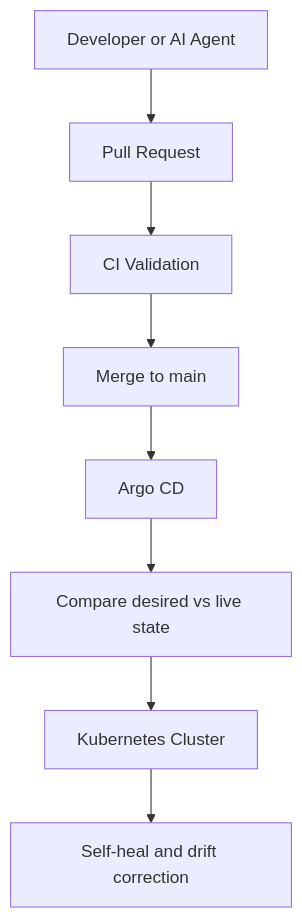
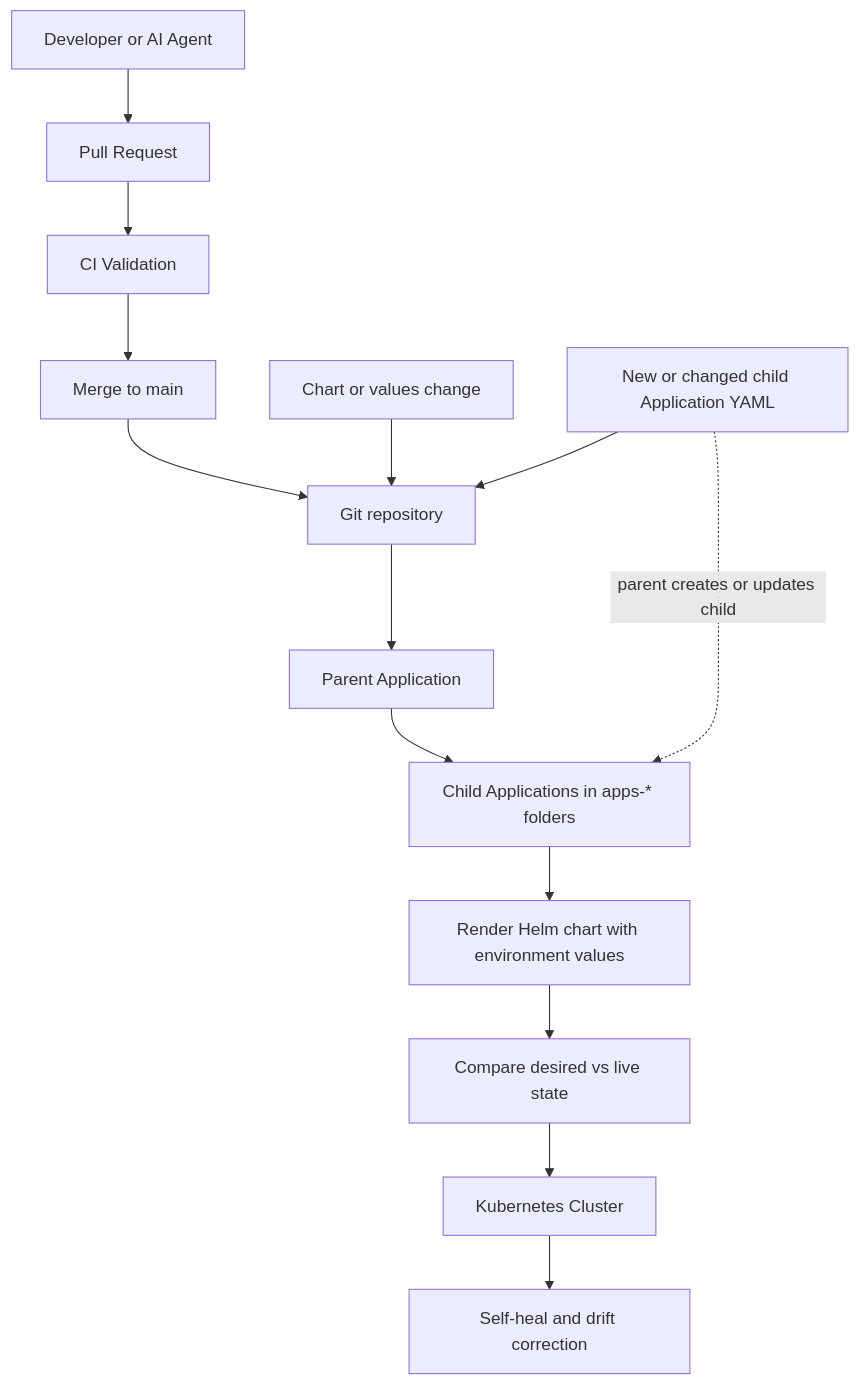
Before and after one commit to Tanmoy095/Logiflow-platform: the sixth of 6 diagrams in README.md, drawn with Mermaid. The commit also changed other lines of this file and 3 other files, not shown here.

First line of the commit message:
feat(llm-gateway): harden Helm chart and add manual validation runbook

````diff
--- a/README.md
+++ b/README.md
@@ -193,10 +206,16 @@
 ```mermaid
 flowchart TB
 	dev[Developer or AI Agent] --> pr[Pull Request]
 	pr --> ci[CI Validation]
 	ci --> merge[Merge to main]
-	merge --> argocd[Argo CD]
-	argocd --> reconcile[Compare desired vs live state]
+	merge --> git[Git repository]
+	git --> parent[Parent Application]
+	parent --> children[Child Applications in apps-* folders]
+	children --> helm[Render Helm chart with environment values]
+	helm --> reconcile[Compare desired vs live state]
 	reconcile --> cluster[Kubernetes Cluster]
 	cluster --> heal[Self-heal and drift correction]
+	values[Chart or values change] --> git
+	app[New or changed child Application YAML] --> git
+	app -. parent creates or updates child .-> children
 ```
````
